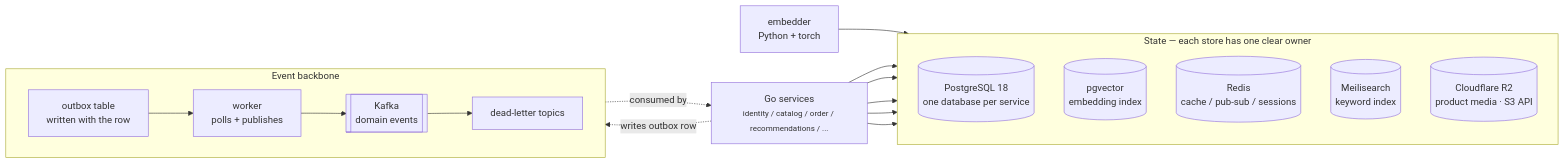
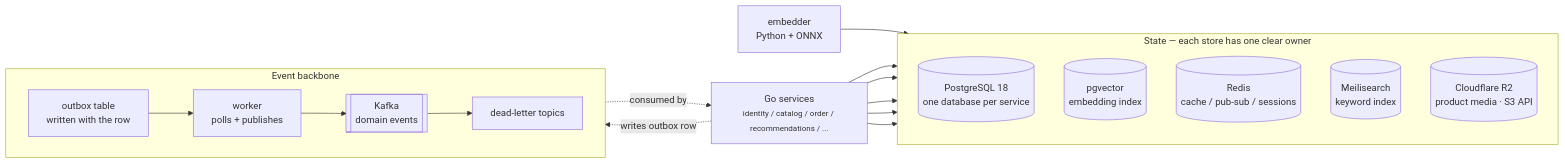
The second of 4 diagrams in docs/ARCHITECTURE.md (hoangphi117/GOshop), drawn with Mermaid before and after one commit. The commit also changed 9 other files, not shown here.

First line of the commit message:
feat(embedder): run the text embedder on ONNX instead of torch

````diff
--- a/docs/ARCHITECTURE.md
+++ b/docs/ARCHITECTURE.md
@@ -47,30 +47,30 @@
 ```mermaid
 flowchart LR
     SVC["Go services<br/><small>identity / catalog / order / recommendations / ...</small>"]
 
     subgraph state["State — each store has one clear owner"]
         direction TB
         PG[("PostgreSQL 18<br/>one database per service")]
         PGV[("pgvector<br/>embedding index")]
         RD[("Redis<br/>cache / pub-sub / sessions")]
         MS[("Meilisearch<br/>keyword index")]
         MO[("Cloudflare R2<br/>product media · S3 API")]
     end
 
     subgraph events["Event backbone"]
         direction LR
         OB["outbox table<br/>written with the row"] --> WK["worker<br/>polls + publishes"]
         WK --> KF[["Kafka<br/>domain events"]]
         KF --> DLQ["dead-letter topics"]
     end
 
-    EMB["embedder<br/>Python + torch"] --> PGV
+    EMB["embedder<br/>Python + ONNX"] --> PGV
 
     SVC --> PG
     SVC --> PGV
     SVC --> RD
     SVC --> MS
     SVC --> MO
     SVC -. "writes outbox row" .-> OB
     KF -. "consumed by" .-> SVC
 ```
````
